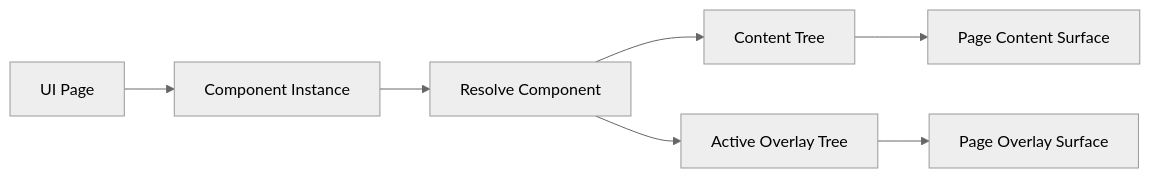
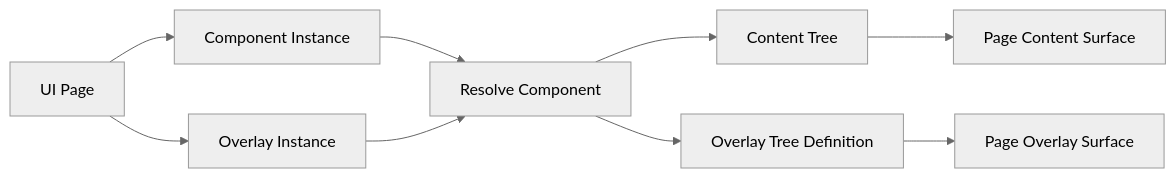
Before and after one commit to northwest-hcu/FlagShip: the eighth of 11 diagrams in docs/architecture/03-technology-and-system-architecture.md, drawn with Mermaid (neutral theme). The commit also changed other lines of this file and 52 other files, not shown here.

````diff
--- a/docs/architecture/03-technology-and-system-architecture.md
+++ b/docs/architecture/03-technology-and-system-architecture.md
@@ -252,14 +252,16 @@
 ```mermaid
 flowchart LR
     Page["UI Page"]
-    Instance["Component Instance"]
+    ContentInstance["Component Instance"]
+    OverlayInstance["Overlay Instance"]
     Resolve["Resolve Component"]
     Content["Content Tree"]
-    Overlay["Active Overlay Tree"]
+    Overlay["Overlay Tree Definition"]
     ContentSurface["Page Content Surface"]
     OverlaySurface["Page Overlay Surface"]
 
-    Page --> Instance --> Resolve
+    Page --> ContentInstance --> Resolve
+    Page --> OverlayInstance --> Resolve
     Resolve --> Content --> ContentSurface
     Resolve --> Overlay --> OverlaySurface
 ```
````
